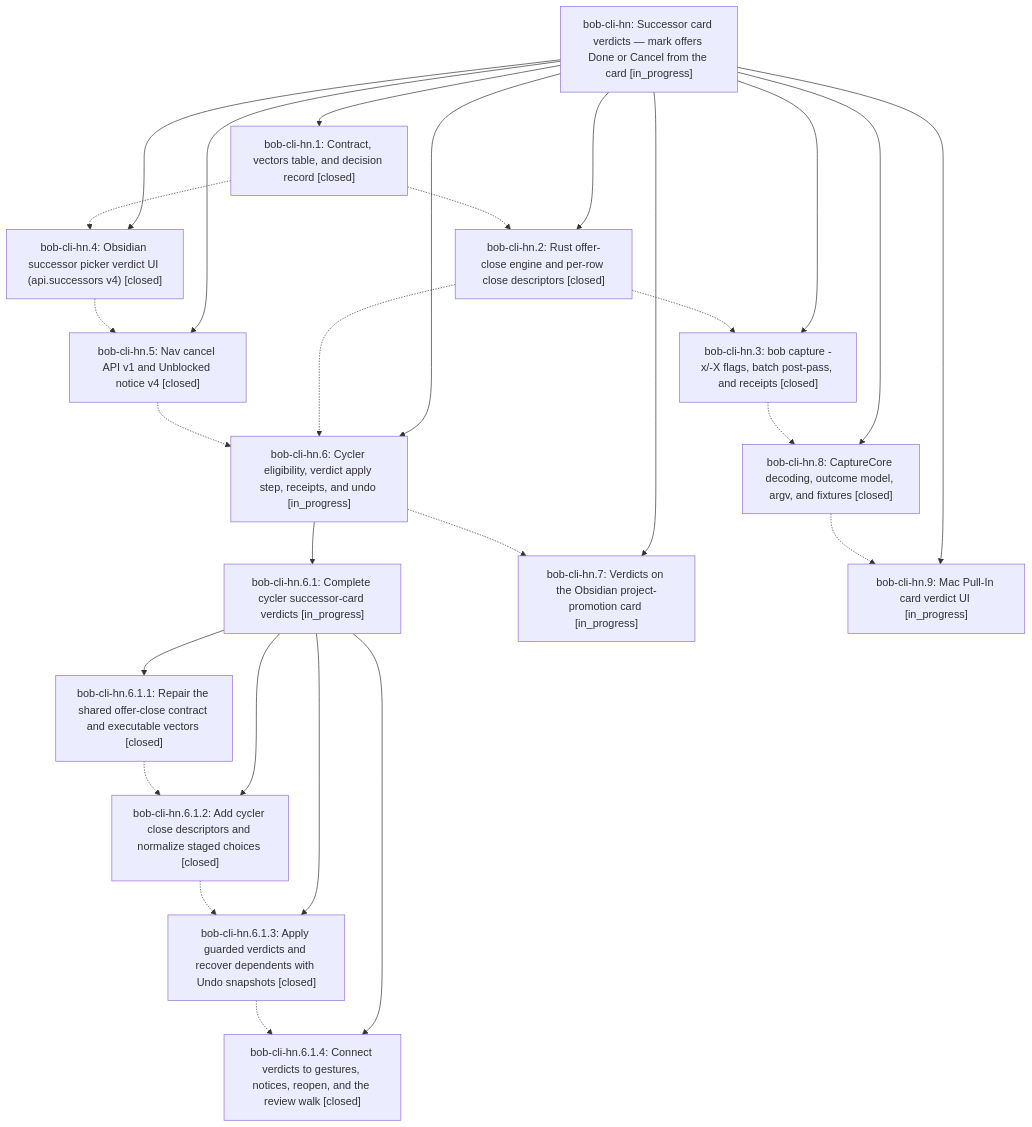
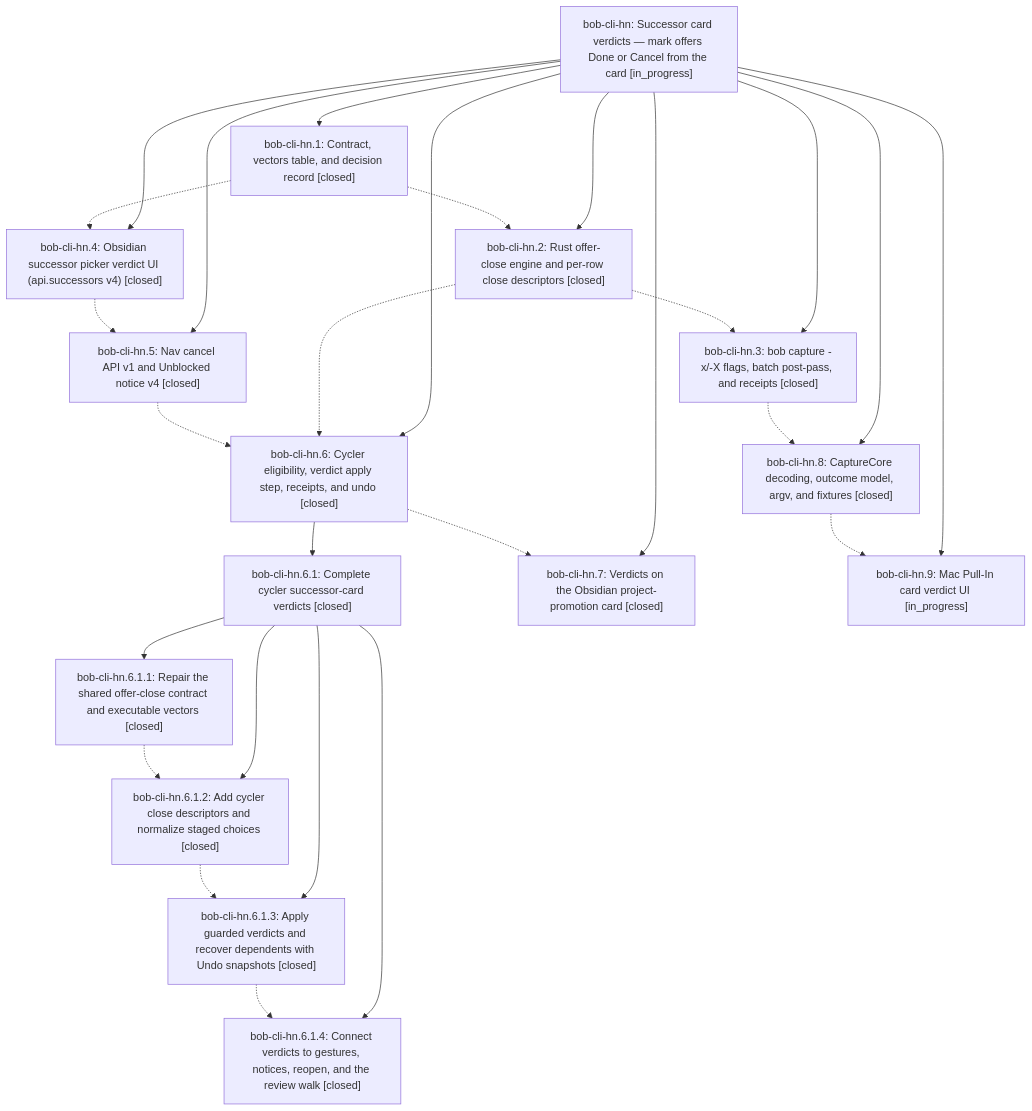
One commit to bobs-org/bob-cli--beads changed the diagram in pages/bob-cli-hn/README.md. Above: the diagram before and after it, drawn with Mermaid. The commit also changed other lines of this file and 9 other files, not shown here.

First line of the commit message:
chore(beads): sync bead state and pages for bob-cli-hn

````diff
--- a/pages/bob-cli-hn/README.md
+++ b/pages/bob-cli-hn/README.md
@@ -50,44 +52,44 @@
 ```mermaid
 flowchart TD
     n0["bob-cli-hn: Successor card verdicts — mark offers Done or Cancel from the card [in_progress]"]
     n1["bob-cli-hn.1: Contract, vectors table, and decision record [closed]"]
     n2["bob-cli-hn.2: Rust offer-close engine and per-row close descriptors [closed]"]
     n3["bob-cli-hn.3: bob capture -x/-X flags, batch post-pass, and receipts [closed]"]
     n4["bob-cli-hn.4: Obsidian successor picker verdict UI (api.successors v4) [closed]"]
     n5["bob-cli-hn.5: Nav cancel API v1 and Unblocked notice v4 [closed]"]
-    n6["bob-cli-hn.6: Cycler eligibility, verdict apply step, receipts, and undo [in_progress]"]
-    n7["bob-cli-hn.6.1: Complete cycler successor-card verdicts [in_progress]"]
+    n6["bob-cli-hn.6: Cycler eligibility, verdict apply step, receipts, and undo [closed]"]
+    n7["bob-cli-hn.6.1: Complete cycler successor-card verdicts [closed]"]
     n8["bob-cli-hn.6.1.1: Repair the shared offer-close contract and executable vectors [closed]"]
     n9["bob-cli-hn.6.1.2: Add cycler close descriptors and normalize staged choices [closed]"]
     n10["bob-cli-hn.6.1.3: Apply guarded verdicts and recover dependents with Undo snapshots [closed]"]
     n11["bob-cli-hn.6.1.4: Connect verdicts to gestures, notices, reopen, and the review walk [closed]"]
-    n12["bob-cli-hn.7: Verdicts on the Obsidian project-promotion card [in_progress]"]
+    n12["bob-cli-hn.7: Verdicts on the Obsidian project-promotion card [closed]"]
     n13["bob-cli-hn.8: CaptureCore decoding, outcome model, argv, and fixtures [closed]"]
     n14["bob-cli-hn.9: Mac Pull-In card verdict UI [in_progress]"]
     n0 --> n1
     n0 --> n2
     n0 --> n3
     n0 --> n4
     n0 --> n5
     n0 --> n6
     n6 --> n7
     n7 --> n8
     n7 --> n9
     n7 --> n10
     n7 --> n11
     n0 --> n12
     n0 --> n13
     n0 --> n14
     n1 -.-> n2
     n1 -.-> n4
     n2 -.-> n3
     n2 -.-> n6
     n3 -.-> n13
     n4 -.-> n5
     n5 -.-> n6
     n6 -.-> n12
     n8 -.-> n9
     n9 -.-> n10
     n10 -.-> n11
     n13 -.-> n14
 ```
````
